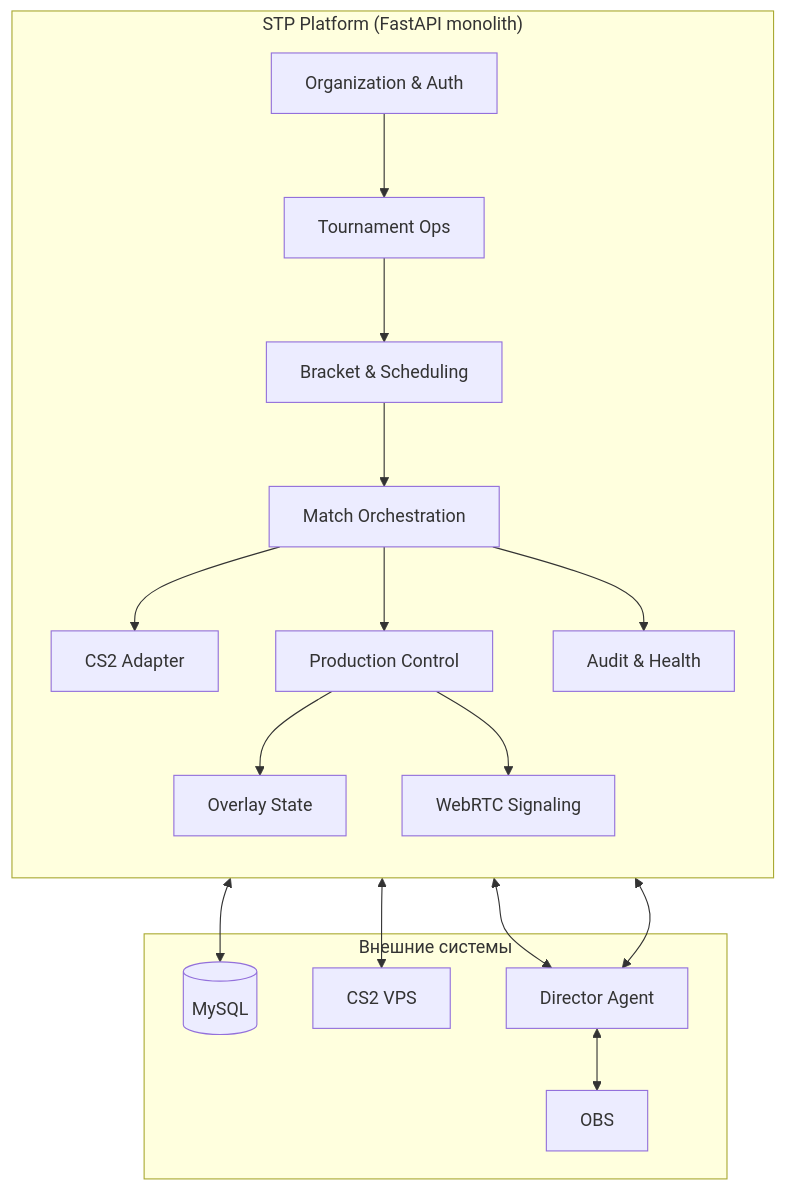
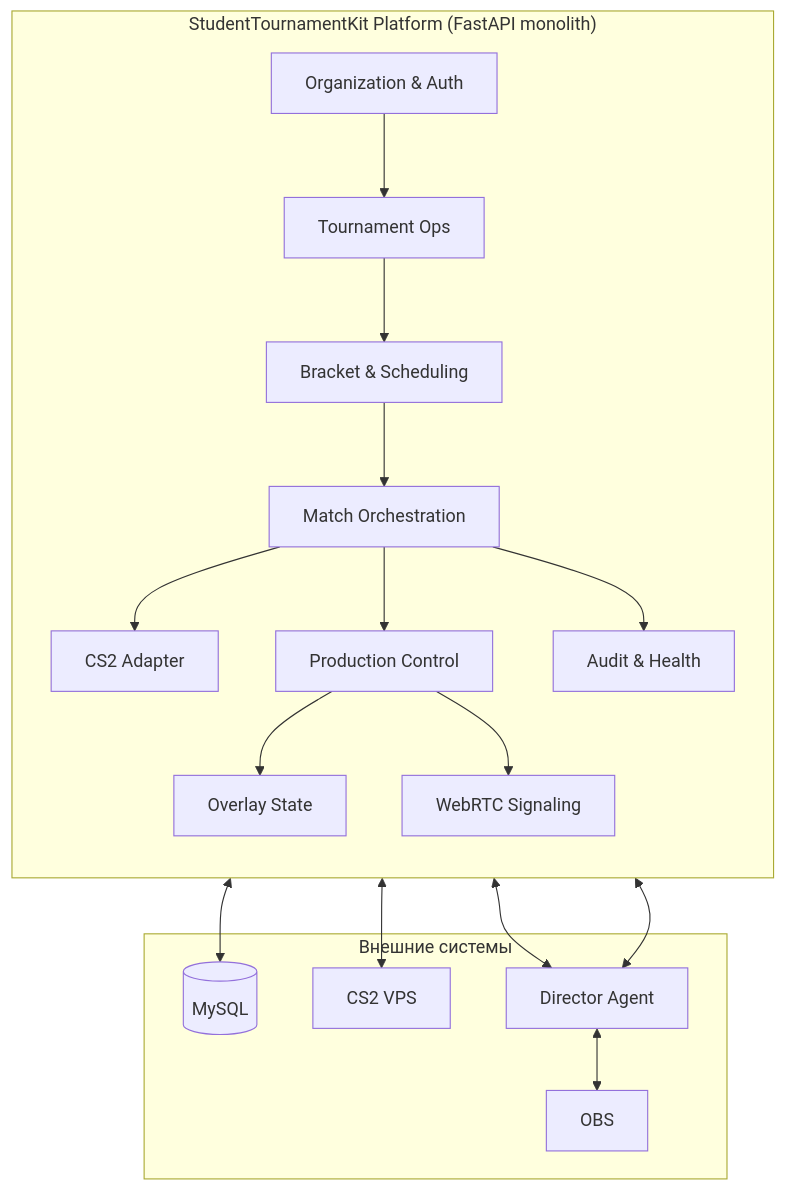
The first of 6 diagrams in docs/ARCHITECTURE.md (Gorshipiskp/StudentTournamentKit), drawn with Mermaid before and after one commit. The commit also changed other lines of this file and 72 other files, not shown here.

````diff
--- a/docs/ARCHITECTURE.md
+++ b/docs/ARCHITECTURE.md
@@ -93,36 +93,36 @@
 ```mermaid
 flowchart TB
-    subgraph stp ["STP Platform (FastAPI monolith)"]
+    subgraph stk ["StudentTournamentKit Platform (FastAPI monolith)"]
         direction TB
         ORG["Organization & Auth"]
         TNT["Tournament Ops"]
         BRK["Bracket & Scheduling"]
         MCH["Match Orchestration"]
         CS2A["CS2 Adapter"]
         PRD["Production Control"]
         OVL["Overlay State"]
         SIG["WebRTC Signaling"]
         AUD["Audit & Health"]
     end
 
   subgraph external ["Внешние системы"]
     MYSQL[(MySQL)]
     CS2["CS2 VPS"]
     AGENT["Director Agent"]
     OBS["OBS"]
   end
 
   ORG --> TNT
   TNT --> BRK
   BRK --> MCH
   MCH --> CS2A
   MCH --> PRD
   PRD --> OVL
   PRD --> SIG
   MCH --> AUD
   CS2A <--> CS2
   SIG <--> AGENT
   PRD <--> AGENT
-  stp <--> MYSQL
+  stk <--> MYSQL
   AGENT <--> OBS
 ```
````
